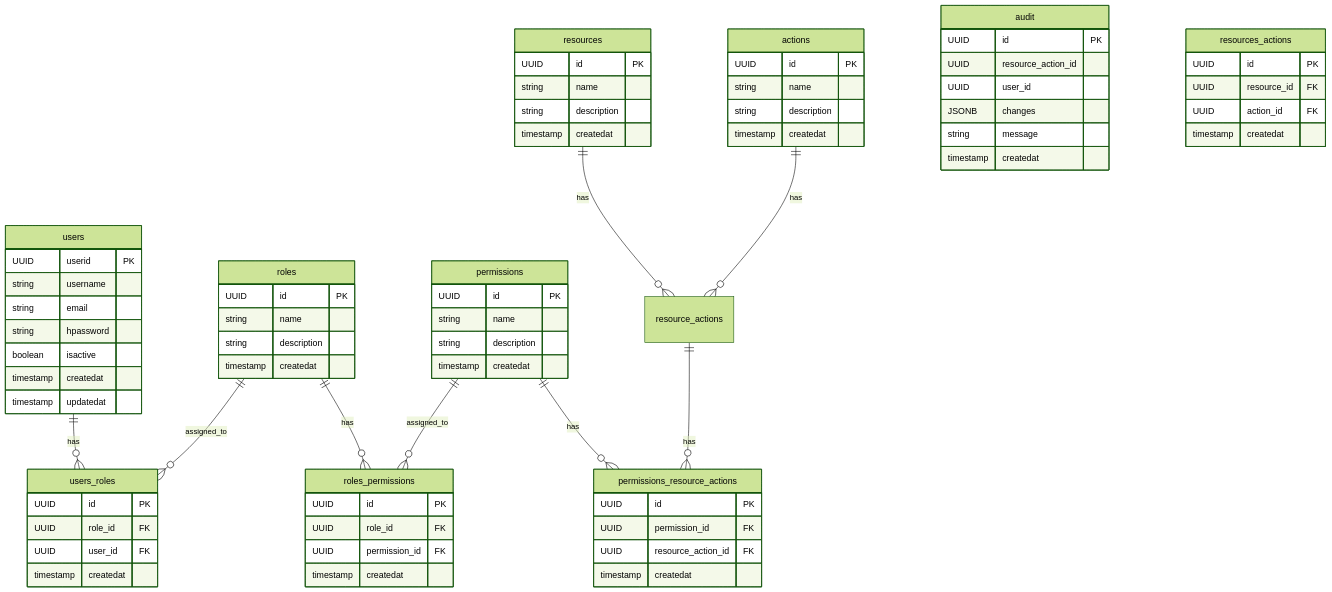
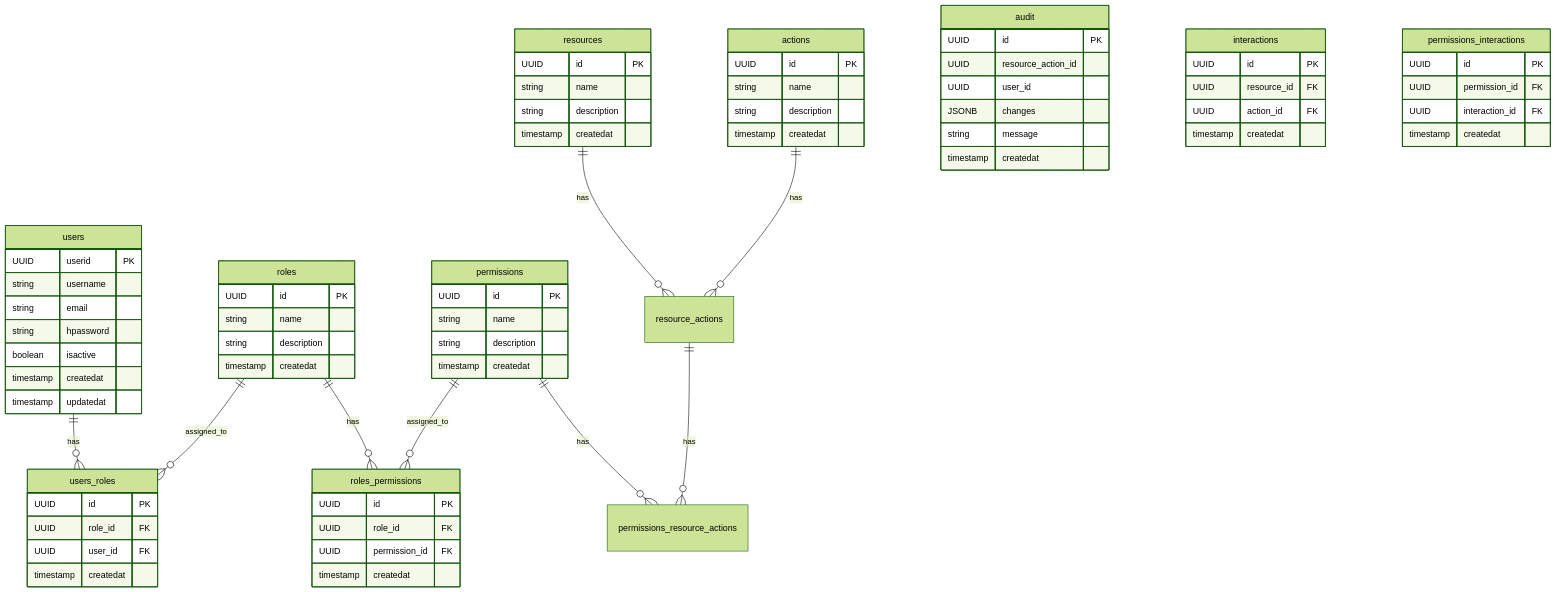
The diagram in README.md (0xhunterkiller/berry), drawn with Mermaid (forest theme) before and after one commit. The commit also changed 4 other files, not shown here.

````diff
--- a/README.md
+++ b/README.md
@@ -94,17 +94,17 @@
         timestamp createdat
     }
 
-    resources_actions {
+    interactions {
         UUID id PK
         UUID resource_id FK
         UUID action_id FK
         timestamp createdat
     }
 
-    permissions_resource_actions {
+    permissions_interactions {
         UUID id PK
         UUID permission_id FK
-        UUID resource_action_id FK
+        UUID interaction_id FK
         timestamp createdat
     }
 ```
````
